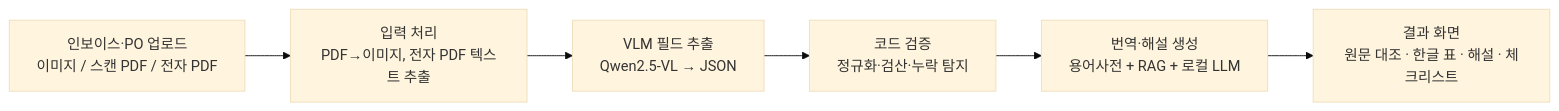
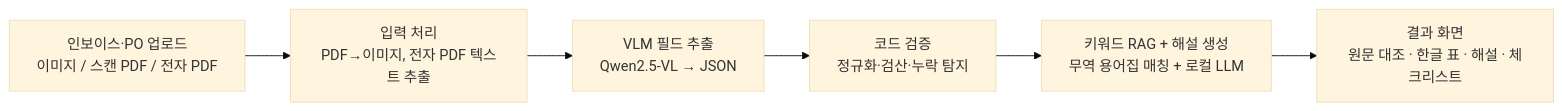
One commit to artaban125/TradePilot changed the diagram in README.md. Above: the diagram before and after it, drawn with Mermaid (base theme). The commit also changed other lines of this file and 4 other files, not shown here.

````diff
--- a/README.md
+++ b/README.md
@@ -60,8 +60,8 @@
 ```mermaid
 flowchart LR
     A[인보이스·PO 업로드<br/>이미지 / 스캔 PDF / 전자 PDF] --> B[입력 처리<br/>PDF→이미지, 전자 PDF 텍스트 추출]
     B --> C[VLM 필드 추출<br/>Qwen2.5-VL → JSON]
     C --> D[코드 검증<br/>정규화·검산·누락 탐지]
-    D --> E[번역·해설 생성<br/>용어사전 + RAG + 로컬 LLM]
+    D --> E[키워드 RAG + 해설 생성<br/>무역 용어집 매칭 + 로컬 LLM]
     E --> F[결과 화면<br/>원문 대조 · 한글 표 · 해설 · 체크리스트]
 ```
````
